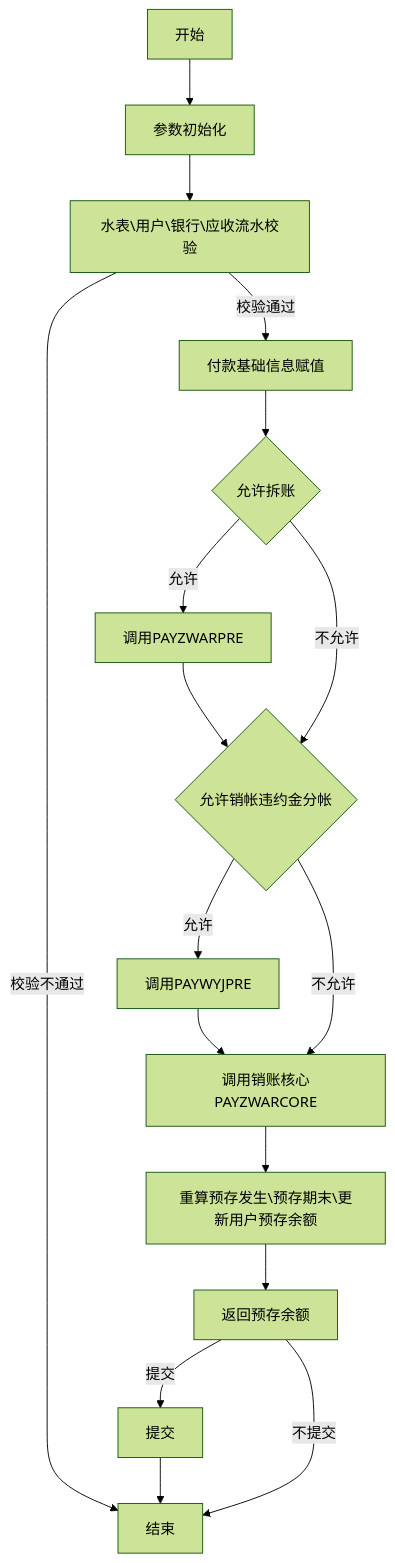
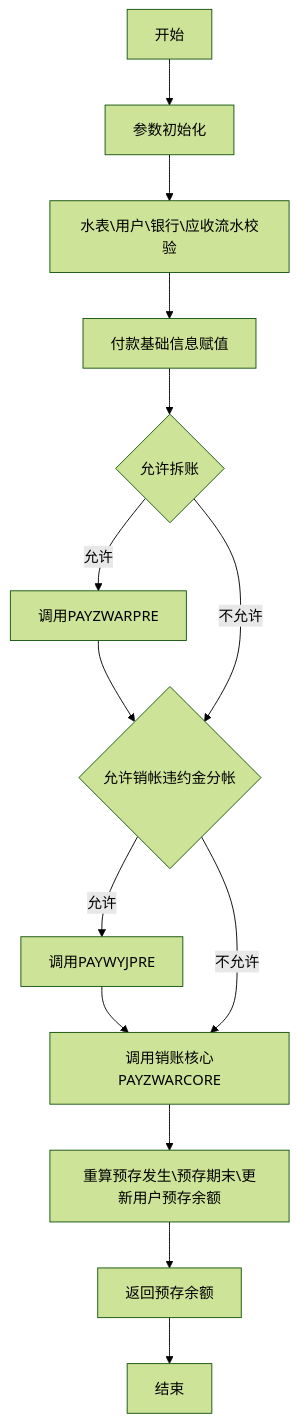
One commit to liuwentao001/20201001HRBZLS changed diagram 33 of 51 in 02.业务梳理流程图简化版_v2020.11.md. Above: the diagram before and after it, drawn with Mermaid (forest theme). The commit also changed other lines of this file and 8 other files, not shown here.

````diff
--- a/02.业务梳理流程图简化版_v2020.11.md
+++ b/02.业务梳理流程图简化版_v2020.11.md
@@ -573,8 +1138,6 @@
 ```mermaid
 graph TD
-开始-->参数初始化-->水表\用户\银行\应收流水校验--校验不通过-->结束
-水表\用户\银行\应收流水校验--校验通过-->付款基础信息赋值-->A1{允许拆账}--允许-->调用PAYZWARPRE-->A2{允许销帐违约金分帐}--允许-->调用PAYWYJPRE-->调用销账核心PAYZWARCORE-->重算预存发生\预存期末\更新用户预存余额-->返回预存余额--提交-->提交-->结束
+开始-->参数初始化-->水表\用户\银行\应收流水校验-->付款基础信息赋值-->A1{允许拆账}--允许-->调用PAYZWARPRE-->A2{允许销帐违约金分帐}--允许-->调用PAYWYJPRE-->调用销账核心PAYZWARCORE-->重算预存发生\预存期末\更新用户预存余额-->返回预存余额-->结束
 A1--不允许-->A2
 A2--不允许-->调用销账核心PAYZWARCORE
-返回预存余额--不提交-->结束
 ```
````
